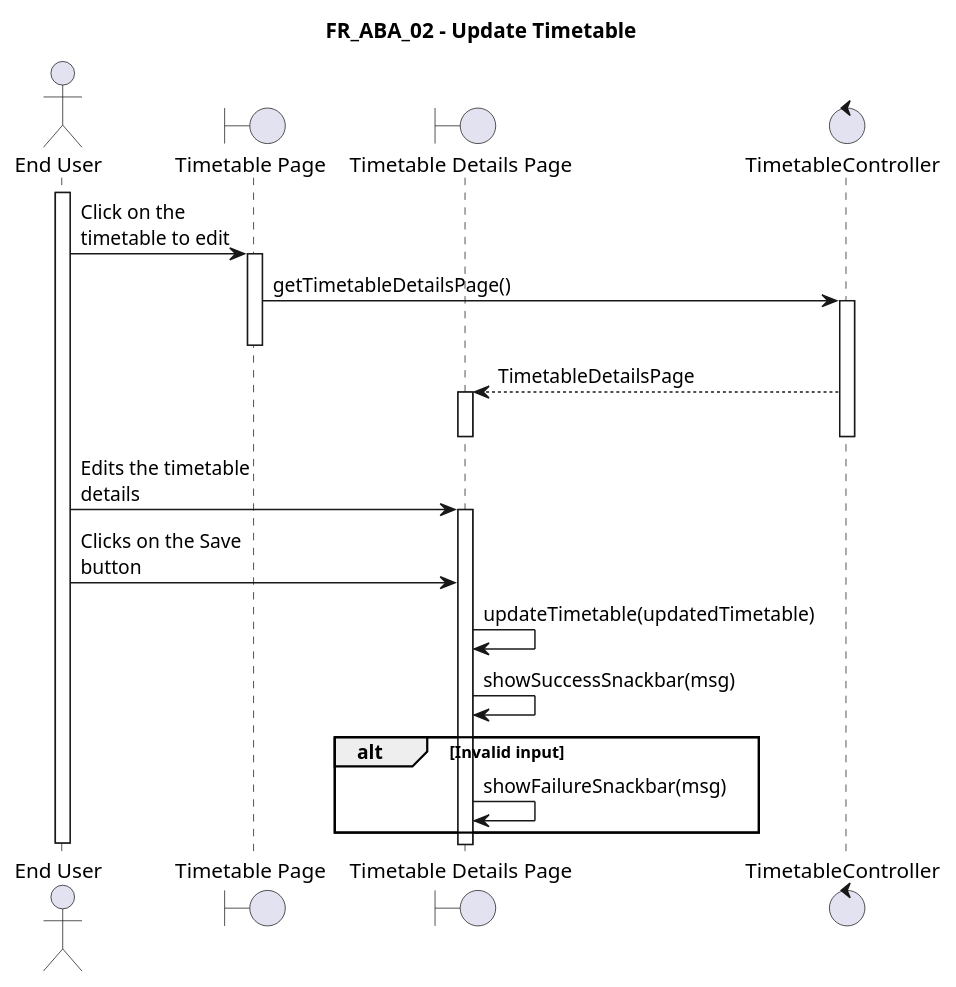
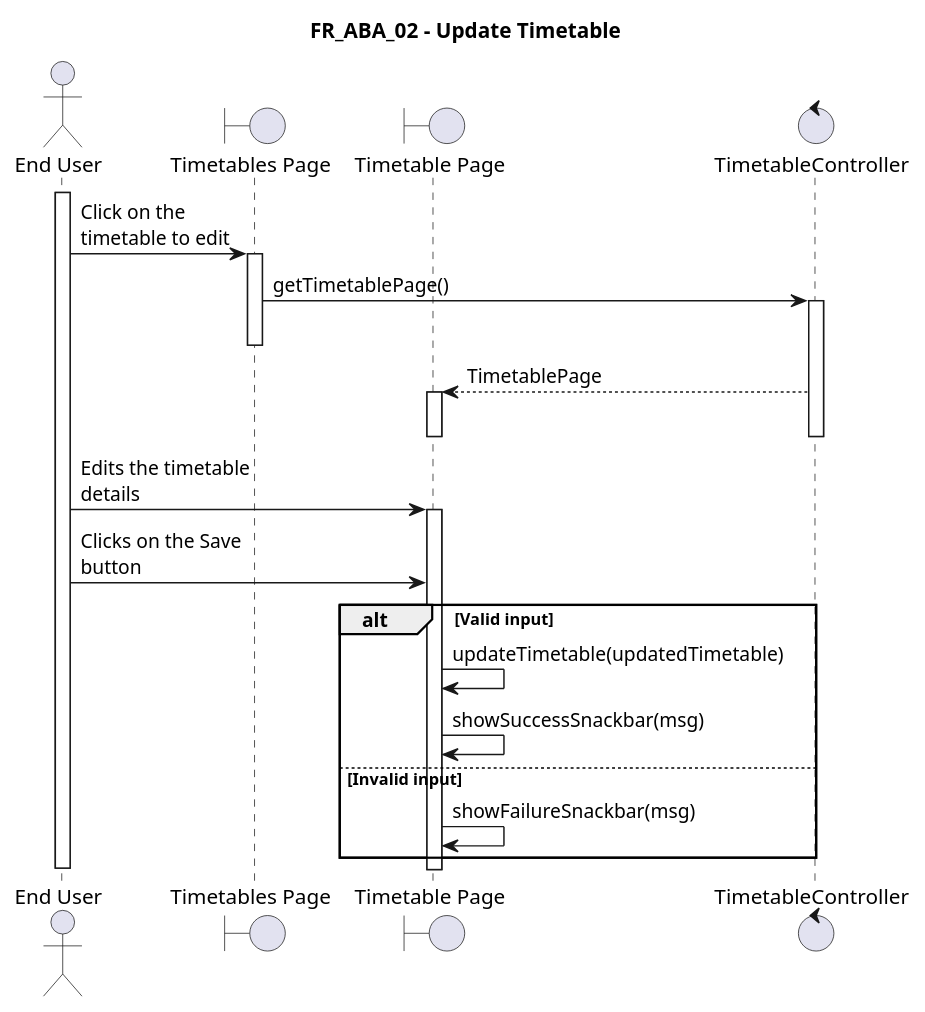
Before and after one commit to AdmiJW/UTM-FC-Scheduler-UML: the diagram in sequence/end-user/FR_ABA_02.plantuml, drawn with PlantUML. The commit also changed 120 other files, not shown here.

Commit message:
JW: Complete Sequence Diagram

```diff
--- a/sequence/end-user/FR_ABA_02.plantuml
+++ b/sequence/end-user/FR_ABA_02.plantuml
@@ -1,33 +1,34 @@
 @startuml FR_ABA_02
 title FR_ABA_02 - Update Timetable
 skinparam maxMessageSize 125
 
 actor "End User" as eu
-boundary "Timetable Page" as fe
-boundary "Timetable Details Page" as fe2
+boundary "Timetables Page" as fe
+boundary "Timetable Page" as fe2
 control "TimetableController" as ct
 ' entity "Timetable" as en
 ' database "Database" as db
 
 activate eu
 
 eu -> fe ++ : Click on the timetable to edit
-fe -> ct ++-- : getTimetableDetailsPage()
-ct --> fe2 ++-- : TimetableDetailsPage
+fe -> ct ++-- : getTimetablePage()
+ct --> fe2 ++-- : TimetablePage
 deactivate fe2
 
 eu -> fe2 ++ : Edits the timetable details
 eu -> fe2 : Clicks on the Save button
 
-fe2 -> fe2 : updateTimetable(updatedTimetable)
-fe2 -> fe2 : showSuccessSnackbar(msg)
 
-alt Invalid input
+alt Valid input
+    fe2 -> fe2 : updateTimetable(updatedTimetable)
+    fe2 -> fe2 : showSuccessSnackbar(msg)
+else Invalid input
     fe2 -> fe2 : showFailureSnackbar(msg)
 end
 
 
 
 deactivate eu
 
 @enduml
```
